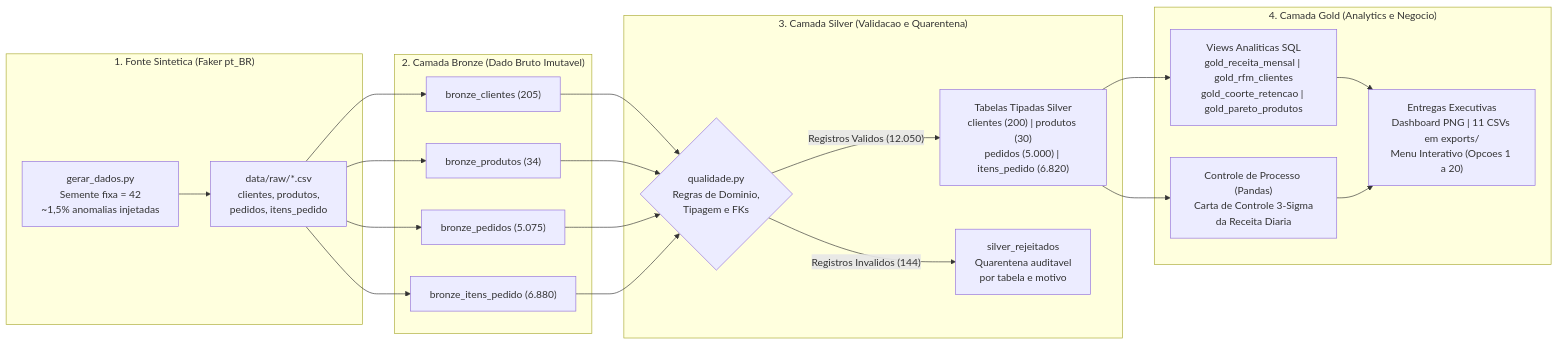
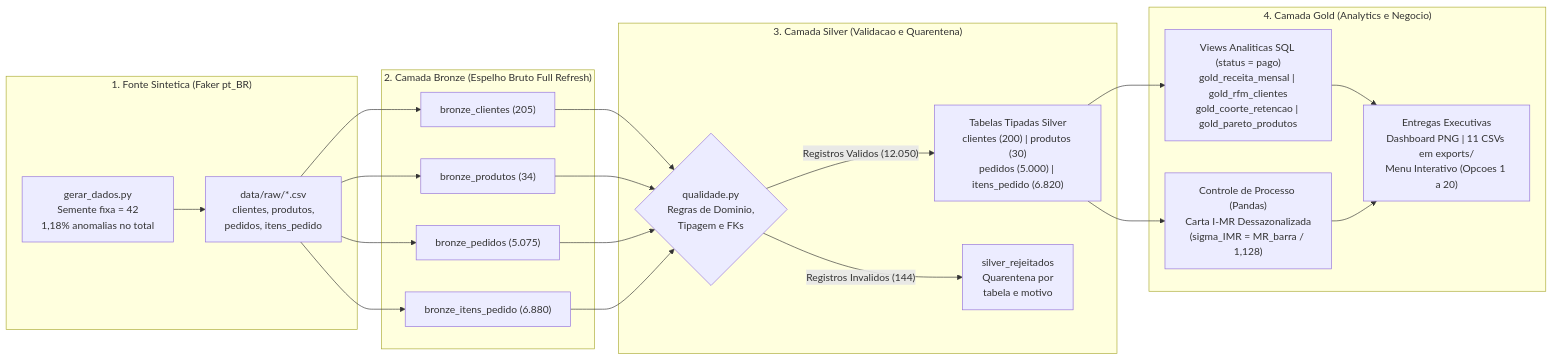
The first of 2 diagrams in README.md (Nayanearaujo/desafio-engenharia-dados-jr), drawn with Mermaid before and after one commit. The commit also changed other lines of this file, not shown here.

````diff
--- a/README.md
+++ b/README.md
@@ -23,25 +22,25 @@
 ```mermaid
 flowchart LR
     subgraph Geracao["1. Fonte Sintetica (Faker pt_BR)"]
-        F["gerar_dados.py\nSemente fixa = 42\n~1,5% anomalias injetadas"] --> CSV["data/raw/*.csv\nclientes, produtos,\npedidos, itens_pedido"]
+        F["gerar_dados.py\nSemente fixa = 42\n1,18% anomalias no total"] --> CSV["data/raw/*.csv\nclientes, produtos,\npedidos, itens_pedido"]
     end
 
-    subgraph Bronze["2. Camada Bronze (Dado Bruto Imutavel)"]
+    subgraph Bronze["2. Camada Bronze (Espelho Bruto Full Refresh)"]
         CSV --> B1["bronze_clientes (205)"]
         CSV --> B2["bronze_produtos (34)"]
         CSV --> B3["bronze_pedidos (5.075)"]
         CSV --> B4["bronze_itens_pedido (6.880)"]
     end
 
     subgraph Silver["3. Camada Silver (Validacao e Quarentena)"]
         B1 & B2 & B3 & B4 --> Q{"qualidade.py\nRegras de Dominio,\nTipagem e FKs"}
         Q -->|"Registros Validos (12.050)"| S["Tabelas Tipadas Silver\nclientes (200) | produtos (30)\npedidos (5.000) | itens_pedido (6.820)"]
-        Q -->|"Registros Invalidos (144)"| R["silver_rejeitados\nQuarentena auditavel\npor tabela e motivo"]
+        Q -->|"Registros Invalidos (144)"| R["silver_rejeitados\nQuarentena por\ntabela e motivo"]
     end
 
     subgraph Gold["4. Camada Gold (Analytics e Negocio)"]
-        S --> G1["Views Analiticas SQL\ngold_receita_mensal | gold_rfm_clientes\ngold_coorte_retencao | gold_pareto_produtos"]
-        S --> G2["Controle de Processo (Pandas)\nCarta de Controle 3-Sigma\nda Receita Diaria"]
+        S --> G1["Views Analiticas SQL (status = pago)\ngold_receita_mensal | gold_rfm_clientes\ngold_coorte_retencao | gold_pareto_produtos"]
+        S --> G2["Controle de Processo (Pandas)\nCarta I-MR Dessazonalizada\n(sigma_IMR = MR_barra / 1,128)"]
         G1 & G2 --> OUT["Entregas Executivas\nDashboard PNG | 11 CSVs em exports/\nMenu Interativo (Opcoes 1 a 20)"]
     end
 ```
````
